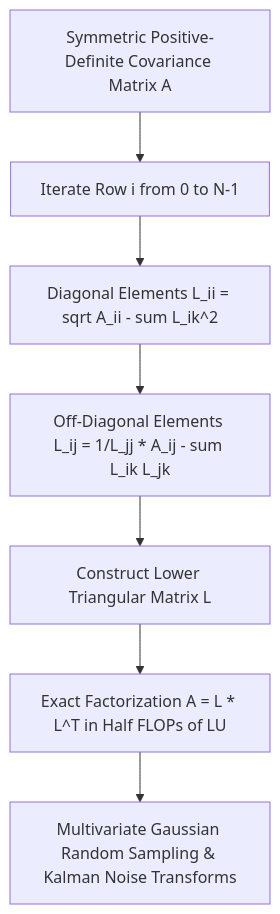
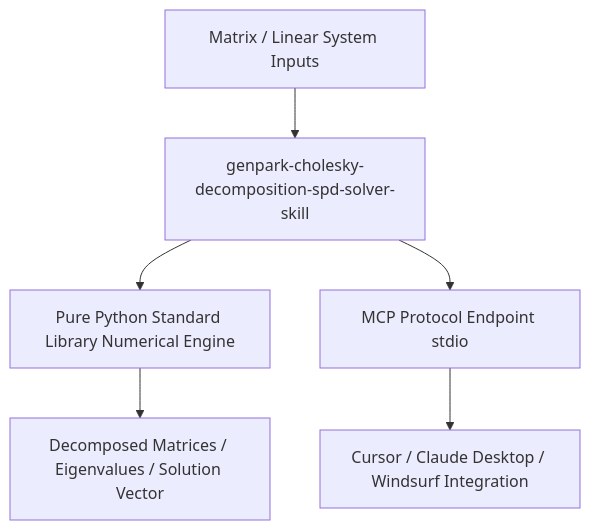
Before and after one commit to alphaparkinc/genpark-cholesky-decomposition-spd-solver-skill: the diagram in README.md, drawn with Mermaid. The commit also changed other lines of this file, not shown here.

Commit message:
docs: architecture and documentation

````diff
--- a/README.md
+++ b/README.md
@@ -15,9 +17,8 @@
 ```mermaid
-graph TD
-    A[Symmetric Positive-Definite Covariance Matrix A] --> B[Iterate Row i from 0 to N-1]
-    B --> C[Diagonal Elements L_ii = sqrt A_ii - sum L_ik^2]
-    C --> D[Off-Diagonal Elements L_ij = 1/L_jj * A_ij - sum L_ik L_jk]
-    D --> E[Construct Lower Triangular Matrix L]
-    E --> F[Exact Factorization A = L * L^T in Half FLOPs of LU]
-    F --> G[Multivariate Gaussian Random Sampling & Kalman Noise Transforms]
+flowchart TD
+    A[Matrix / Linear System Inputs] --> B[genpark-cholesky-decomposition-spd-solver-skill]
+    B --> C[Pure Python Standard Library Numerical Engine]
+    C --> D[Decomposed Matrices / Eigenvalues / Solution Vector]
+    B --> E[MCP Protocol Endpoint stdio]
+    E --> F[Cursor / Claude Desktop / Windsurf Integration]
 ```
````
